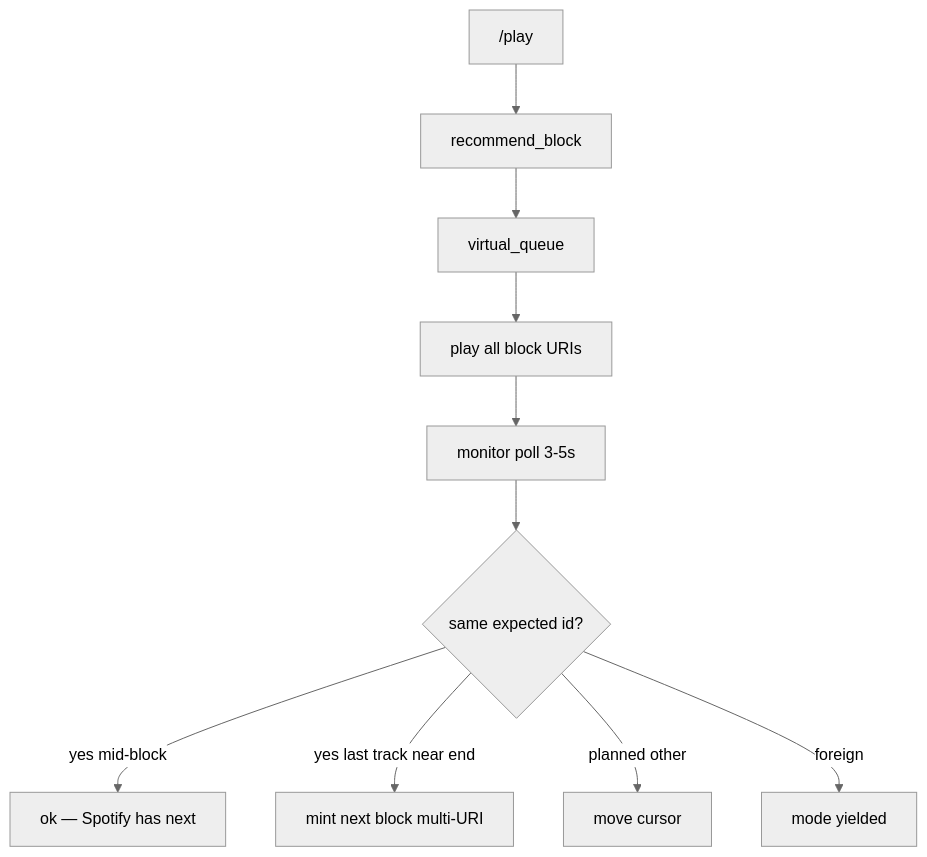
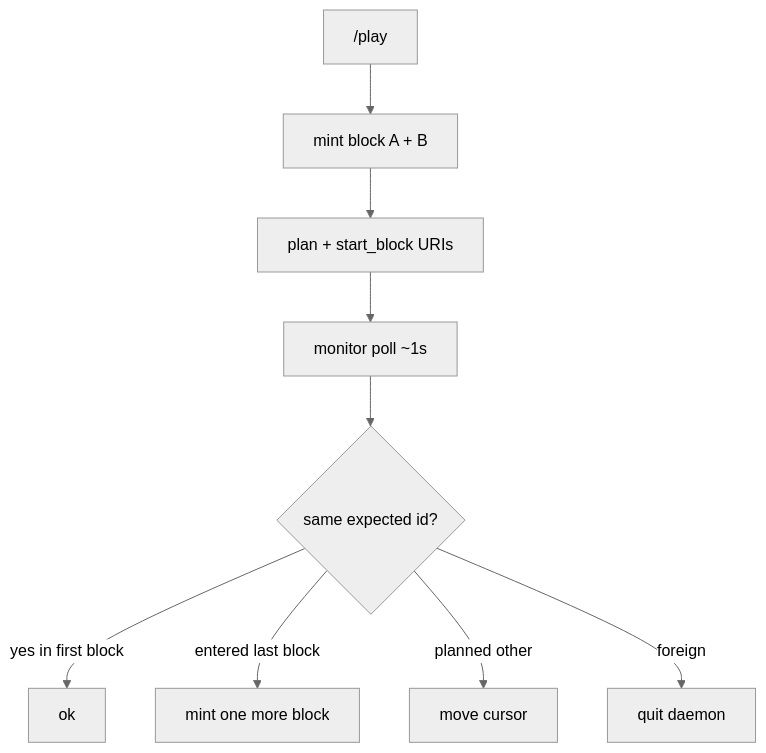
Before and after one commit to AdamPSU/agent-dj: the diagram in wiki/concepts/virtual-queue-playback.md, drawn with Mermaid (neutral theme). The commit also changed other lines of this file and 16 other files, not shown here.

First line of the commit message:
Update wiki for claude_dj layout and install flow

````diff
--- a/wiki/concepts/virtual-queue-playback.md
+++ b/wiki/concepts/virtual-queue-playback.md
@@ -33,12 +32,11 @@
 ```mermaid
 flowchart TD
-  Play["/play"] --> Mint["recommend_block"]
-  Mint --> VQ["virtual_queue"]
-  VQ --> Multi["play all block URIs"]
-  Multi --> Mon["monitor poll 3-5s"]
+  Play["/play"] --> Mint["mint block A + B"]
+  Mint --> VQ["plan + start_block URIs"]
+  VQ --> Mon["monitor poll ~1s"]
   Mon --> Same{"same expected id?"}
-  Same -->|yes mid-block| Ok["ok — Spotify has next"]
-  Same -->|yes last track near end| Mint2["mint next block multi-URI"]
+  Same -->|yes in first block| Wait["ok"]
+  Same -->|entered last block| Mint1["mint one more block"]
   Same -->|planned other| Recon["move cursor"]
-  Same -->|foreign| Yield["mode yielded"]
+  Same -->|foreign| Quit["quit daemon"]
 ```
````
